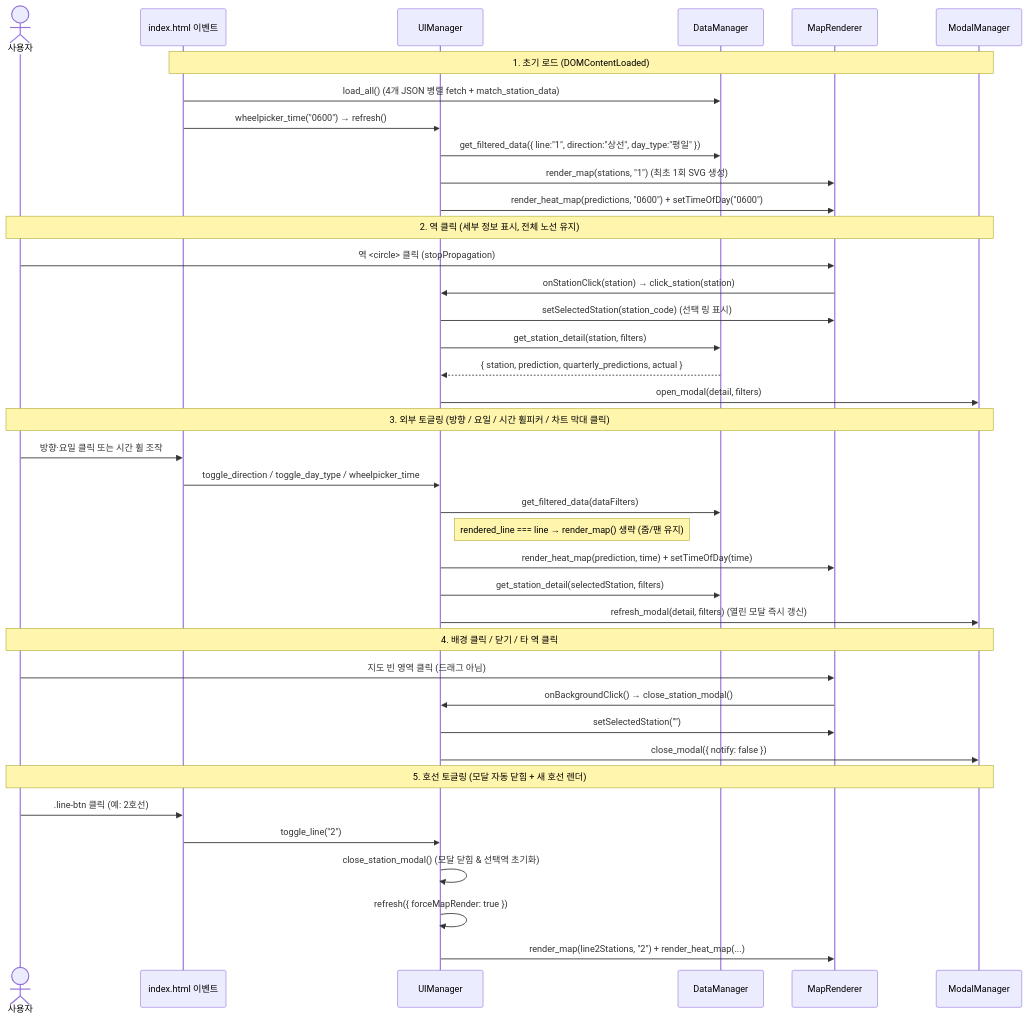
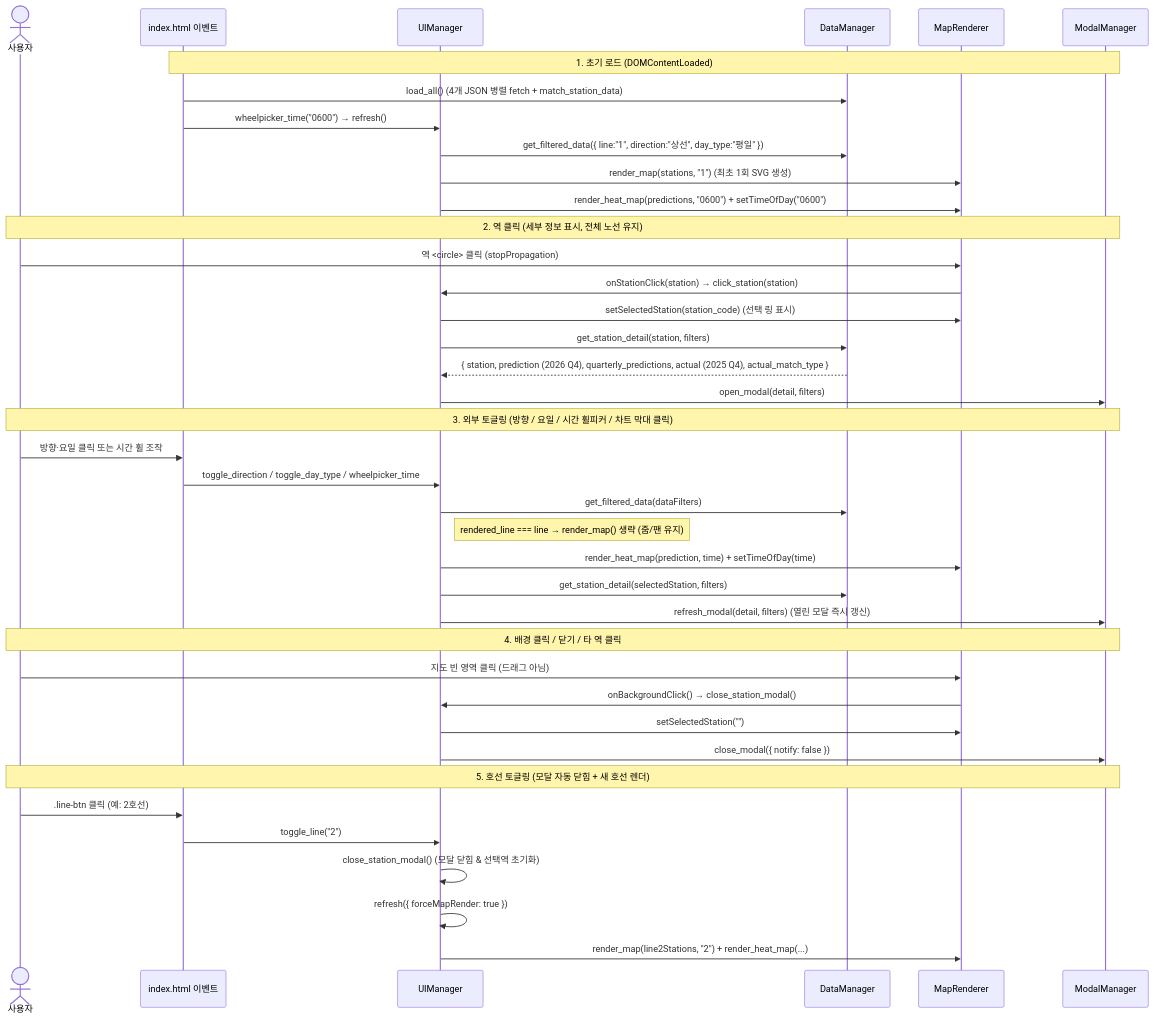
The third of 3 diagrams in FINAL.md (adogo006/subway-congestion-info), drawn with Mermaid before and after one commit. The commit also changed other lines of this file and 2 other files, not shown here.

````diff
--- a/FINAL.md
+++ b/FINAL.md
@@ -225,46 +229,46 @@
 ```mermaid
 sequenceDiagram
     actor User as 사용자
     participant HTML as index.html 이벤트
     participant UI as UIManager
     participant DM as DataManager
     participant MAP as MapRenderer
     participant MOD as ModalManager
 
     Note over HTML,MOD: 1. 초기 로드 (DOMContentLoaded)
     HTML->>DM: load_all() (4개 JSON 병렬 fetch + match_station_data)
     HTML->>UI: wheelpicker_time("0600") → refresh()
     UI->>DM: get_filtered_data({ line:"1", direction:"상선", day_type:"평일" })
     UI->>MAP: render_map(stations, "1") (최초 1회 SVG 생성)
     UI->>MAP: render_heat_map(predictions, "0600") + setTimeOfDay("0600")
 
     Note over User,MOD: 2. 역 클릭 (세부 정보 표시, 전체 노선 유지)
     User->>MAP: 역 <circle> 클릭 (stopPropagation)
     MAP->>UI: onStationClick(station) → click_station(station)
     UI->>MAP: setSelectedStation(station_code) (선택 링 표시)
     UI->>DM: get_station_detail(station, filters)
-    DM-->>UI: { station, prediction, quarterly_predictions, actual }
+    DM-->>UI: { station, prediction (2026 Q4), quarterly_predictions, actual (2025 Q4), actual_match_type }
     UI->>MOD: open_modal(detail, filters)
 
     Note over User,MOD: 3. 외부 토글링 (방향 / 요일 / 시간 휠피커 / 차트 막대 클릭)
     User->>HTML: 방향·요일 클릭 또는 시간 휠 조작
     HTML->>UI: toggle_direction / toggle_day_type / wheelpicker_time
     UI->>DM: get_filtered_data(dataFilters)
     Note right of UI: rendered_line === line → render_map() 생략 (줌/팬 유지)
     UI->>MAP: render_heat_map(prediction, time) + setTimeOfDay(time)
     UI->>DM: get_station_detail(selectedStation, filters)
     UI->>MOD: refresh_modal(detail, filters) (열린 모달 즉시 갱신)
 
     Note over User,MOD: 4. 배경 클릭 / 닫기 / 타 역 클릭
     User->>MAP: 지도 빈 영역 클릭 (드래그 아님)
     MAP->>UI: onBackgroundClick() → close_station_modal()
     UI->>MAP: setSelectedStation("")
     UI->>MOD: close_modal({ notify: false })
 
     Note over User,MOD: 5. 호선 토글링 (모달 자동 닫힘 + 새 호선 렌더)
     User->>HTML: .line-btn 클릭 (예: 2호선)
     HTML->>UI: toggle_line("2")
     UI->>UI: close_station_modal() (모달 닫힘 & 선택역 초기화)
     UI->>UI: refresh({ forceMapRender: true })
     UI->>MAP: render_map(line2Stations, "2") + render_heat_map(...)
 ```
````
